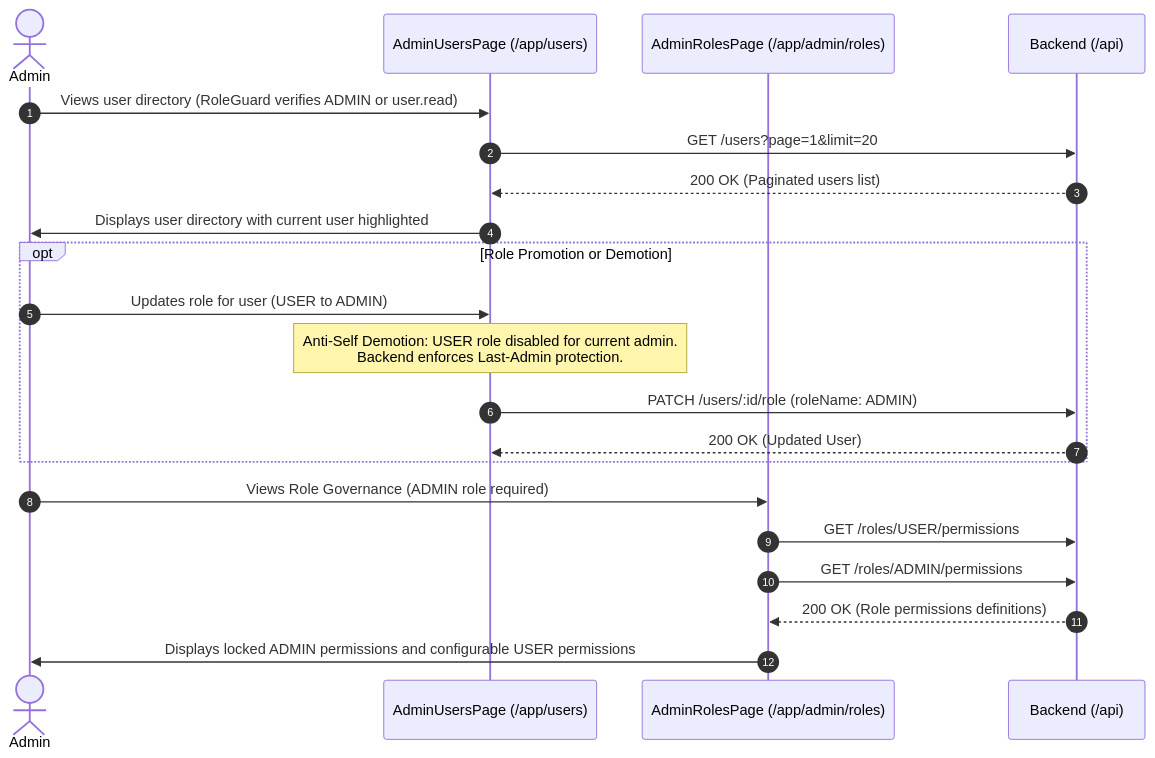
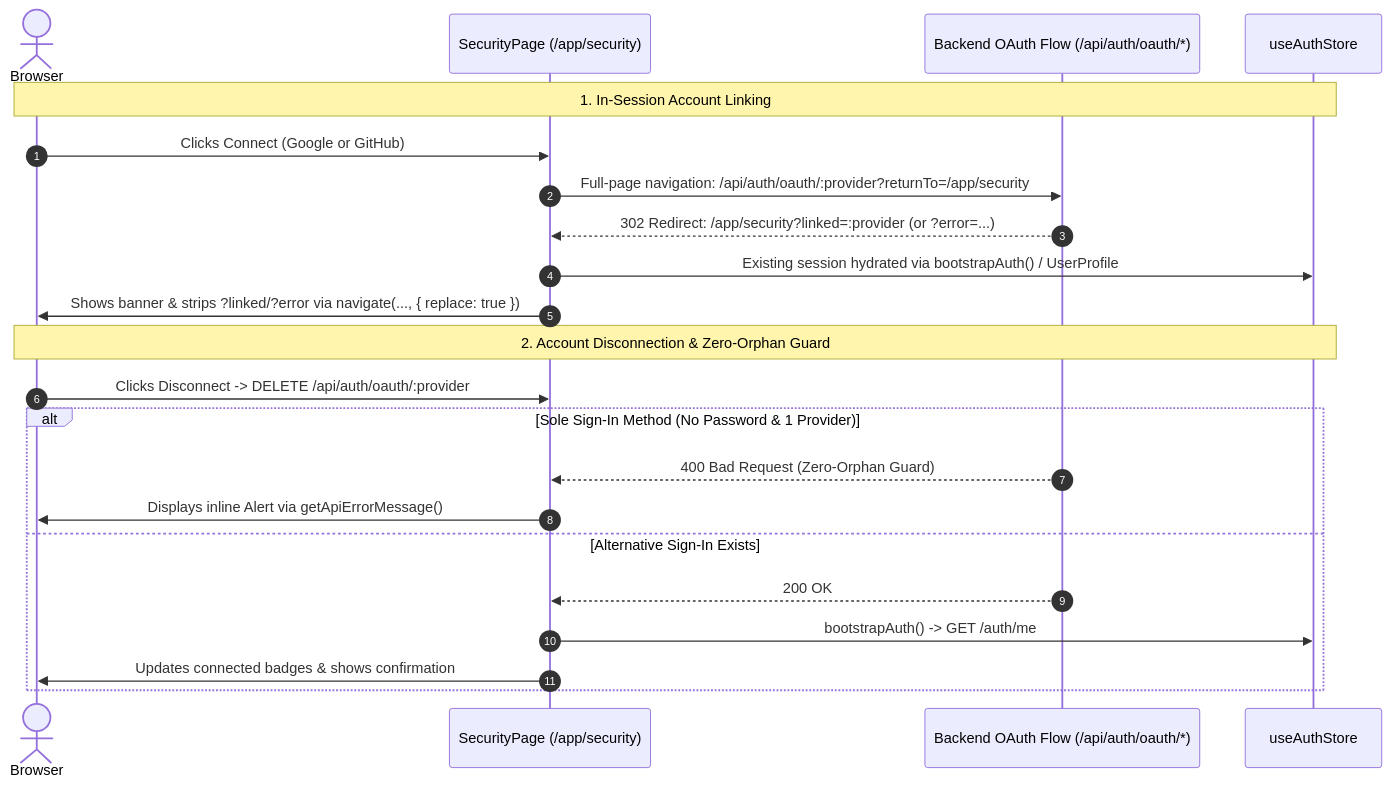
Before and after one commit to utkarshj014/authsphere: the eighth of 9 diagrams in docs/FRONTEND_ARCHITECTURE.md, drawn with Mermaid. The commit also changed other lines of this file and 5 other files, not shown here.

````diff
--- a/docs/FRONTEND_ARCHITECTURE.md
+++ b/docs/FRONTEND_ARCHITECTURE.md
@@ -406,26 +363,26 @@
 ```mermaid
 sequenceDiagram
     autonumber
-    actor Admin
-    participant UsersPage as AdminUsersPage (/app/users)
-    participant RolesPage as AdminRolesPage (/app/admin/roles)
-    participant API as Backend (/api)
+    actor User as Browser
+    participant Sec as SecurityPage (/app/security)
+    participant Backend as Backend OAuth Flow (/api/auth/oauth/*)
+    participant Store as useAuthStore
 
-    Admin->>UsersPage: Views user directory (RoleGuard verifies ADMIN or user.read)
-    UsersPage->>API: GET /users?page=1&limit=20
-    API-->>UsersPage: 200 OK (Paginated users list)
-    UsersPage->>Admin: Displays user directory with current user highlighted
+    Note over User, Store: 1. In-Session Account Linking
+    User->>Sec: Clicks Connect (Google or GitHub)
+    Sec->>Backend: Full-page navigation: /api/auth/oauth/:provider?returnTo=/app/security
+    Backend-->>Sec: 302 Redirect: /app/security?linked=:provider (or ?error=...)
+    Sec->>Store: Existing session hydrated via bootstrapAuth() / UserProfile
+    Sec->>User: Shows banner & strips ?linked/?error via navigate(..., { replace: true })
 
-    opt Role Promotion or Demotion
-        Admin->>UsersPage: Updates role for user (USER to ADMIN)
-        Note over UsersPage: Anti-Self Demotion: USER role disabled for current admin.<br/>Backend enforces Last-Admin protection.
-        UsersPage->>API: PATCH /users/:id/role (roleName: ADMIN)
-        API-->>UsersPage: 200 OK (Updated User)
+    Note over User, Store: 2. Account Disconnection & Zero-Orphan Guard
+    User->>Sec: Clicks Disconnect -> DELETE /api/auth/oauth/:provider
+    alt Sole Sign-In Method (No Password & 1 Provider)
+        Backend-->>Sec: 400 Bad Request (Zero-Orphan Guard)
+        Sec->>User: Displays inline Alert via getApiErrorMessage()
+    else Alternative Sign-In Exists
+        Backend-->>Sec: 200 OK
+        Sec->>Store: bootstrapAuth() -> GET /auth/me
+        Sec->>User: Updates connected badges & shows confirmation
     end
-
-    Admin->>RolesPage: Views Role Governance (ADMIN role required)
-    RolesPage->>API: GET /roles/USER/permissions
-    RolesPage->>API: GET /roles/ADMIN/permissions
-    API-->>RolesPage: 200 OK (Role permissions definitions)
-    RolesPage->>Admin: Displays locked ADMIN permissions and configurable USER permissions
 ```
````
